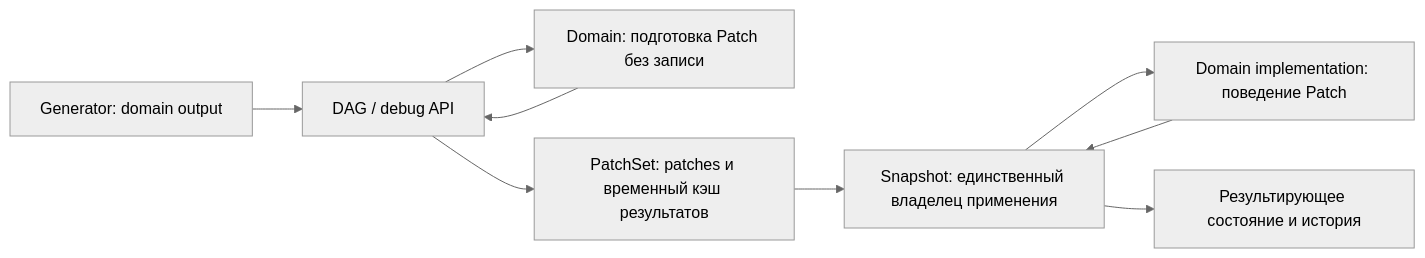
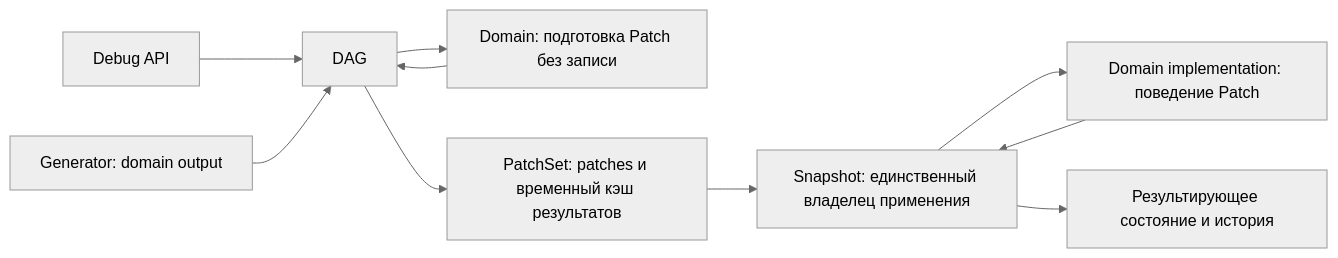
One commit to AndrewBondaren/AI-Project changed the diagram in docs/tz_patch_system.md. Above: the diagram before and after it, drawn with Mermaid (neutral theme). The commit also changed other lines of this file and 3 other files, not shown here.

````diff
--- a/docs/tz_patch_system.md
+++ b/docs/tz_patch_system.md
@@ -110,11 +112,12 @@
 ```mermaid
 flowchart LR
-  GEN[Generator: domain output] --> ENTRY[DAG / debug API]
+  DBG[Debug API] --> ENTRY[DAG]
+  GEN[Generator: domain output] --> ENTRY
   ENTRY --> DOMAIN[Domain: подготовка Patch без записи]
   DOMAIN --> ENTRY
   ENTRY --> SET[PatchSet: patches и временный кэш результатов]
   SET --> SNAP[Snapshot: единственный владелец применения]
   SNAP --> BEHAVIOUR[Domain implementation: поведение Patch]
   BEHAVIOUR --> SNAP
   SNAP --> STORE[Результирующее состояние и история]
 ```
````
